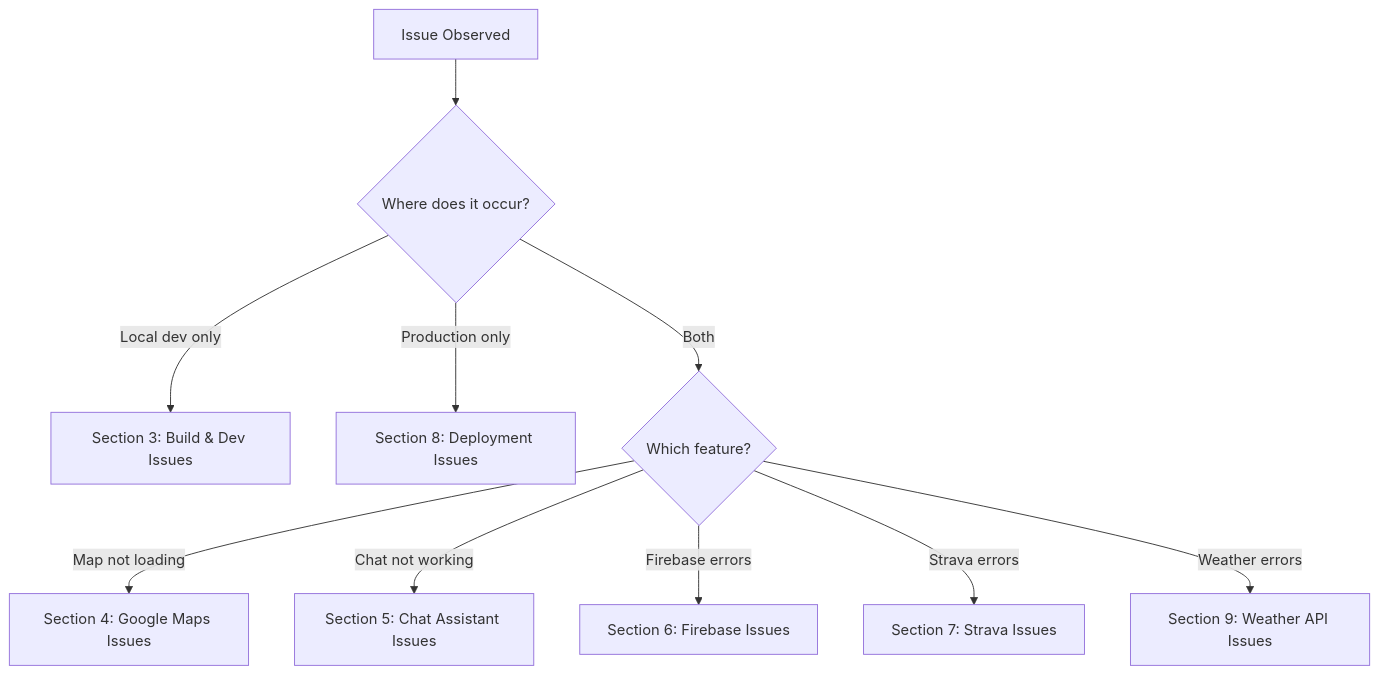
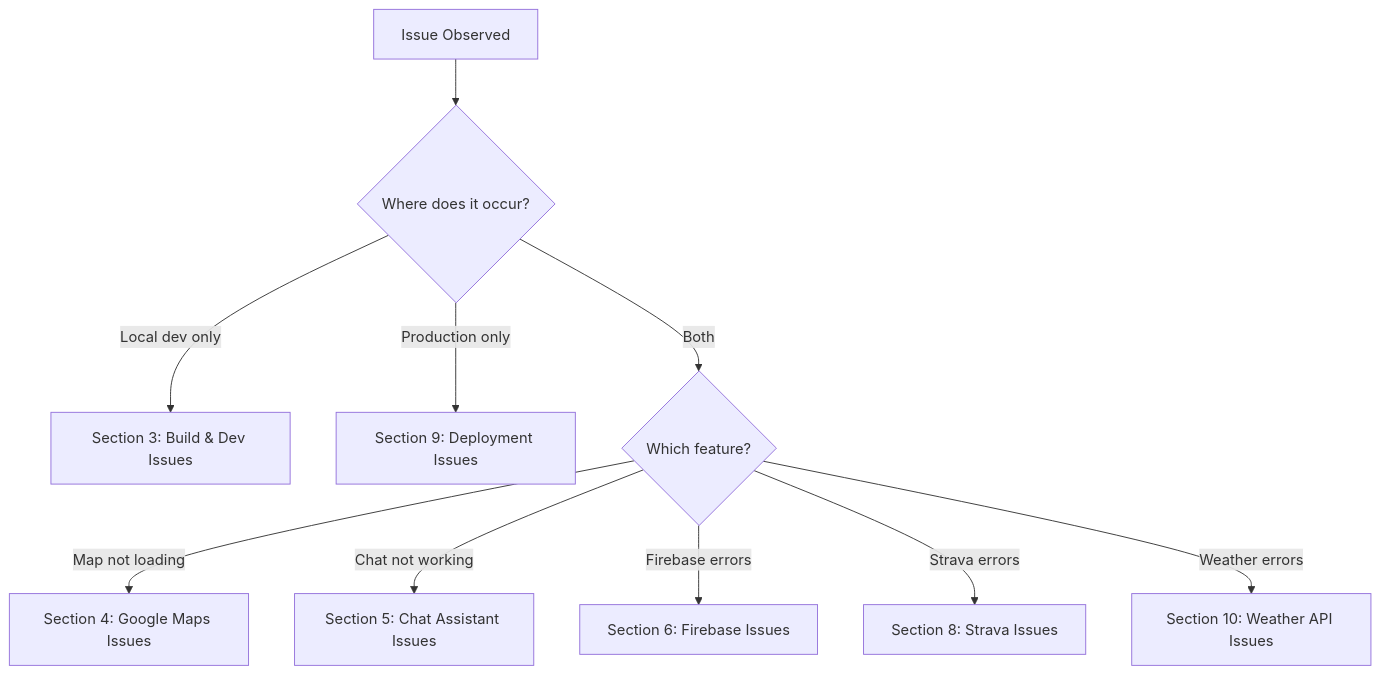
Before and after one commit to Oweeboi011/Fit-Ready-IQ: the first of 9 diagrams in docs/wiki/TROUBLESHOOTING.md, drawn with Mermaid. The commit also changed other lines of this file and 11 other files, not shown here.

First line of the commit message:
docs: fix stale paths, branch flow, versions, and structural bugs

````diff
--- a/docs/wiki/TROUBLESHOOTING.md
+++ b/docs/wiki/TROUBLESHOOTING.md
@@ -13,14 +13,14 @@
 ```mermaid
 flowchart TD
     Start["Issue Observed"] --> Q1{Where does it occur?}
 
     Q1 -->|Local dev only| Local["Section 3: Build & Dev Issues"]
-    Q1 -->|Production only| Prod["Section 8: Deployment Issues"]
+    Q1 -->|Production only| Prod["Section 9: Deployment Issues"]
     Q1 -->|Both| Feature{Which feature?}
 
     Feature -->|Map not loading| Maps["Section 4: Google Maps Issues"]
     Feature -->|Chat not working| Chat["Section 5: Chat Assistant Issues"]
     Feature -->|Firebase errors| FB["Section 6: Firebase Issues"]
-    Feature -->|Strava errors| Strava["Section 7: Strava Issues"]
-    Feature -->|Weather errors| Weather["Section 9: Weather API Issues"]
+    Feature -->|Strava errors| Strava["Section 8: Strava Issues"]
+    Feature -->|Weather errors| Weather["Section 10: Weather API Issues"]
 ```
````
